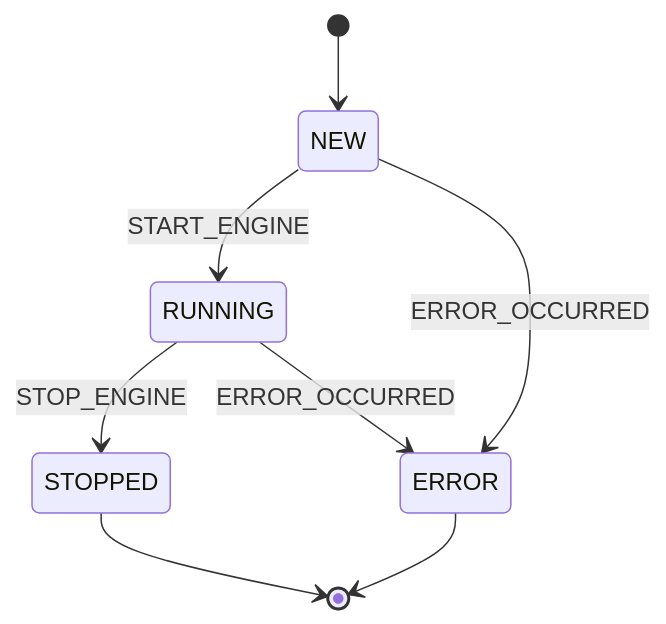
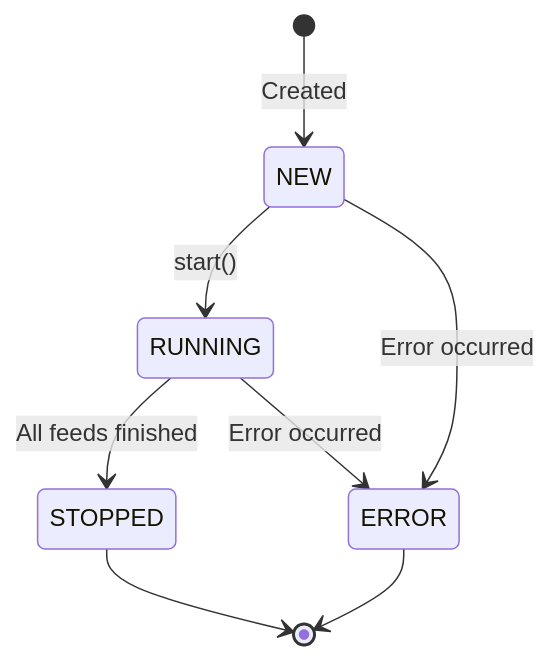
Before and after one commit to stefansimik/suite_trading: the seventh of 9 diagrams in README.md, drawn with Mermaid. The commit also changed other lines of this file, not shown here.

````diff
--- a/README.md
+++ b/README.md
@@ -356,10 +500,10 @@
 ```mermaid
 stateDiagram-v2
-    [*] --> NEW
-    NEW --> RUNNING: START_ENGINE
-    NEW --> ERROR: ERROR_OCCURRED
-    RUNNING --> STOPPED: STOP_ENGINE
-    RUNNING --> ERROR: ERROR_OCCURRED
+    [*] --> NEW: Created
+    NEW --> RUNNING: start()
+    NEW --> ERROR: Error occurred
+    RUNNING --> STOPPED: All feeds finished
+    RUNNING --> ERROR: Error occurred
     STOPPED --> [*]
     ERROR --> [*]
 ```
````
